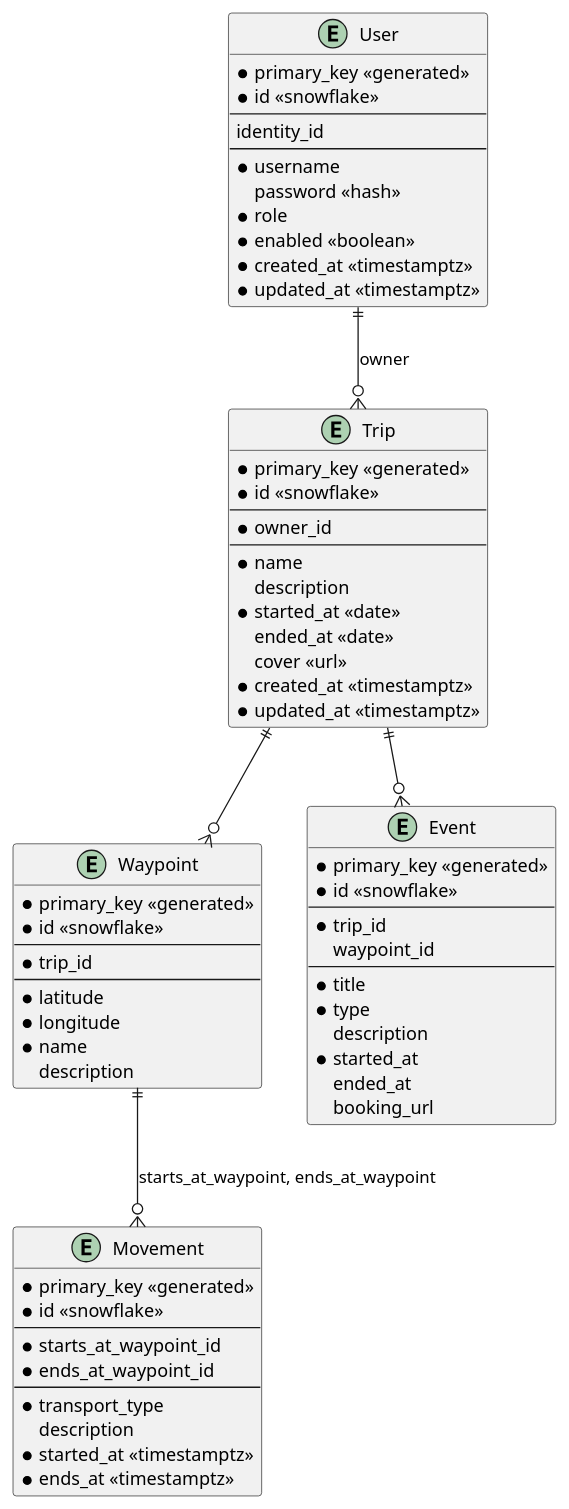
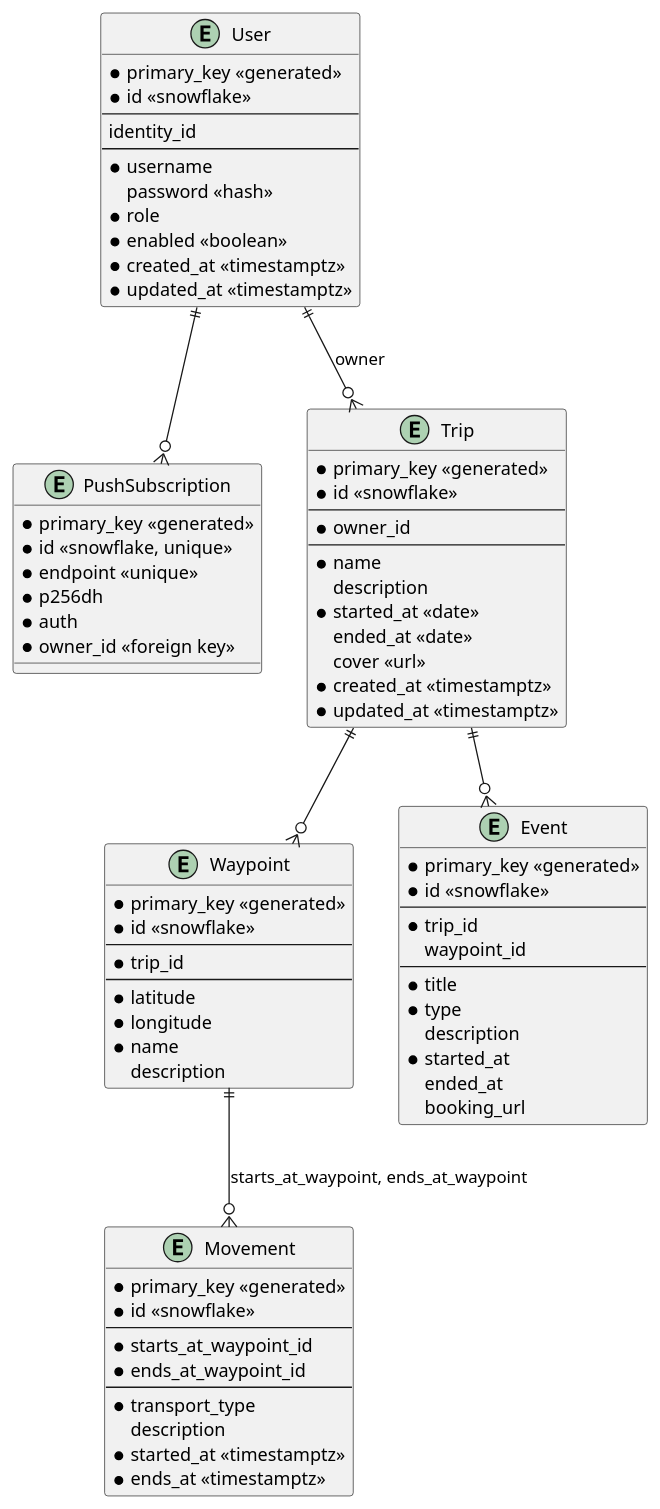
Before and after one commit to eliseydudin/prod-hack-kzn-2026-backend: the diagram in docs/database.puml, drawn with PlantUML. The commit also changed 12 other files, not shown here.

```diff
--- a/docs/database.puml
+++ b/docs/database.puml
@@ -1,77 +1,87 @@
 @startuml
 
 entity User {
 	* primary_key <<generated>>
 	* id <<snowflake>>
 	--
 	identity_id
 	--
 	* username
 	password <<hash>>
 	* role
 	* enabled <<boolean>>
 	* created_at <<timestamptz>>
 	* updated_at <<timestamptz>>
+}
+
+entity PushSubscription {
+	* primary_key <<generated>>
+	* id <<snowflake, unique>>
+	* endpoint <<unique>>
+	* p256dh
+	* auth
+	* owner_id <<foreign key>>
 }
 
 entity Trip {
 	* primary_key <<generated>>
 	* id <<snowflake>>
 	--
 	* owner_id
 	--
 	* name
 	description
 	* started_at <<date>>
 	ended_at <<date>>
 	cover <<url>>
 	* created_at <<timestamptz>>
 	* updated_at <<timestamptz>>
 }
 
 entity Waypoint {
 	* primary_key <<generated>>
 	* id <<snowflake>>
 	--
 	* trip_id
 	--
 	* latitude
 	* longitude
 	* name
 	description
 }
 
 entity Movement {
 	* primary_key <<generated>>
 	* id <<snowflake>>
 	--
 	* starts_at_waypoint_id
 	* ends_at_waypoint_id
 	--
 	* transport_type
 	description
 	* started_at <<timestamptz>>
 	* ends_at <<timestamptz>>
 }
 
 entity Event {
 	* primary_key <<generated>>
 	* id <<snowflake>>
 	--
 	* trip_id
 	waypoint_id
 	--
 	* title
 	* type
 	description
 	* started_at
 	ended_at
 	booking_url
 }
 
+User ||--o{ PushSubscription
 User ||--o{ Trip : owner
 Trip ||--o{ Waypoint
 Waypoint ||--o{ Movement : starts_at_waypoint, ends_at_waypoint
 Trip ||--o{ Event
 
 @enduml
```
